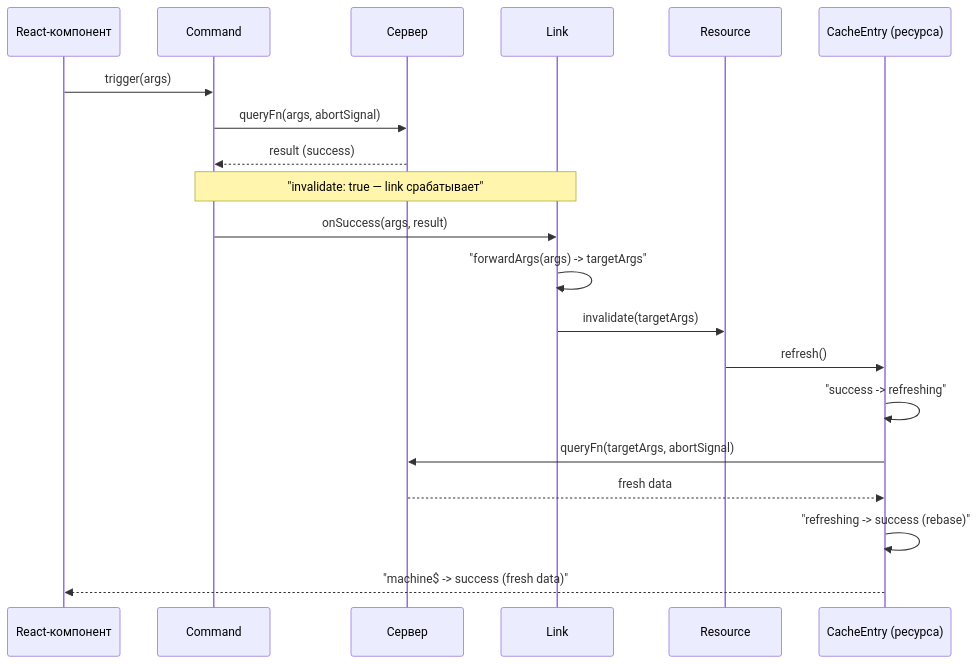
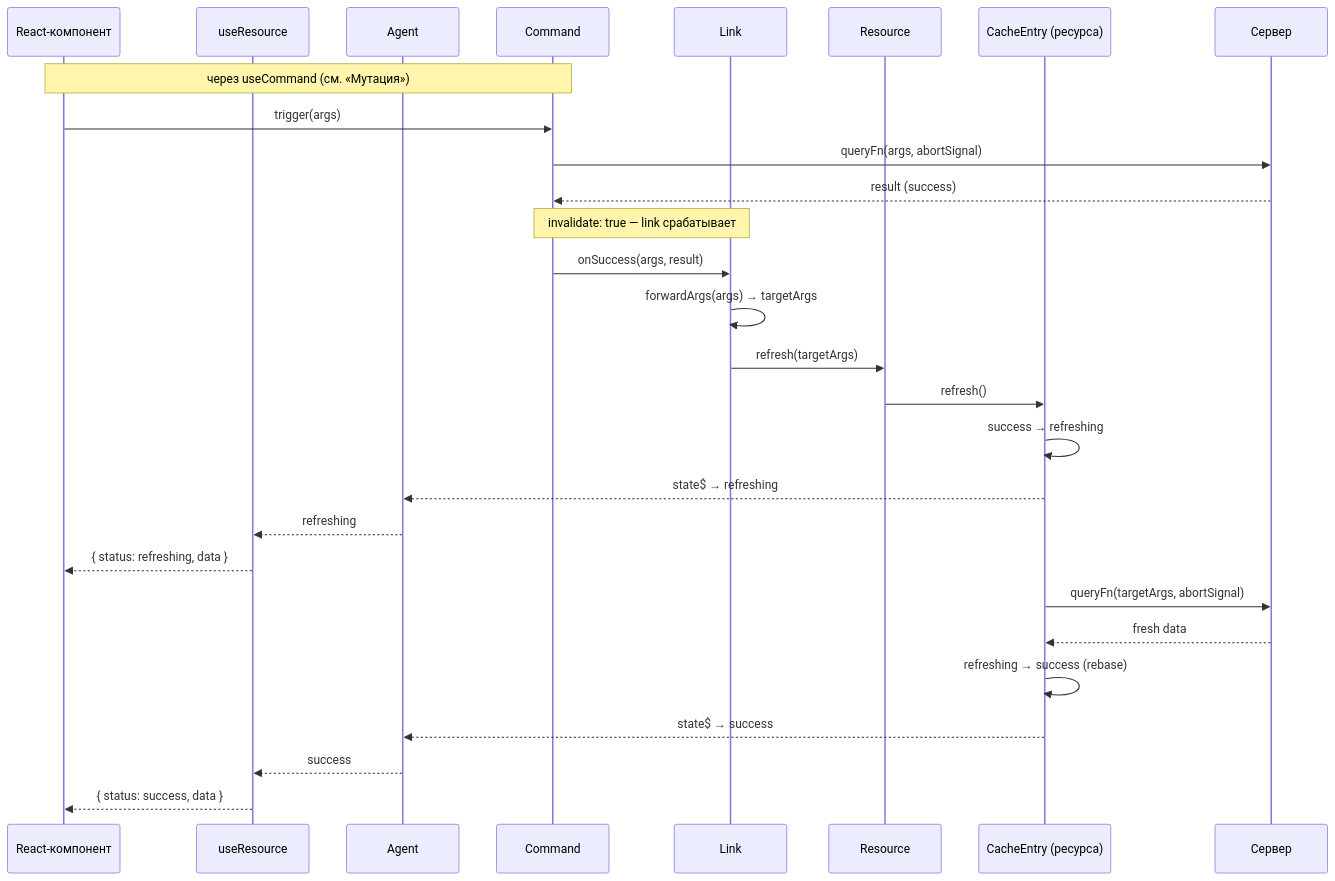
Before and after one commit to fozy-labs/rx-toolkit: the eighth of 11 diagrams in docs/query/concepts/dataflows.md, drawn with Mermaid. The commit also changed other lines of this file and 10 other files, not shown here.

````diff
--- a/docs/query/concepts/dataflows.md
+++ b/docs/query/concepts/dataflows.md
@@ -232,27 +300,34 @@
 ```mermaid
 sequenceDiagram
     participant UI as React-компонент
+    participant Hook as useResource
+    participant Agent as Agent
     participant Cmd as Command
-    participant Srv as Сервер
     participant Lnk as Link
     participant Res as Resource
     participant Entry as CacheEntry (ресурса)
+    participant Srv as Сервер
 
+    Note over UI,Cmd: через useCommand (см. «Мутация»)
     UI->>Cmd: trigger(args)
     Cmd->>Srv: queryFn(args, abortSignal)
     Srv-->>Cmd: result (success)
 
-    Note over Cmd,Lnk: "invalidate: true — link срабатывает"
+    Note over Cmd,Lnk: invalidate: true — link срабатывает
 
     Cmd->>Lnk: onSuccess(args, result)
-    Lnk->>Lnk: "forwardArgs(args) -> targetArgs"
-    Lnk->>Res: invalidate(targetArgs)
+    Lnk->>Lnk: forwardArgs(args) → targetArgs
+    Lnk->>Res: refresh(targetArgs)
     Res->>Entry: refresh()
-    Entry->>Entry: "success -> refreshing"
+    Entry->>Entry: success → refreshing
+    Entry-->>Agent: state$ → refreshing
+    Agent-->>Hook: refreshing
+    Hook-->>UI: { status: refreshing, data }
 
     Entry->>Srv: queryFn(targetArgs, abortSignal)
     Srv-->>Entry: fresh data
-    Entry->>Entry: "refreshing -> success (rebase)"
-    Entry-->>UI: "machine$ -> success (fresh data)"
-
+    Entry->>Entry: refreshing → success (rebase)
+    Entry-->>Agent: state$ → success
+    Agent-->>Hook: success
+    Hook-->>UI: { status: success, data }
 ```
````
